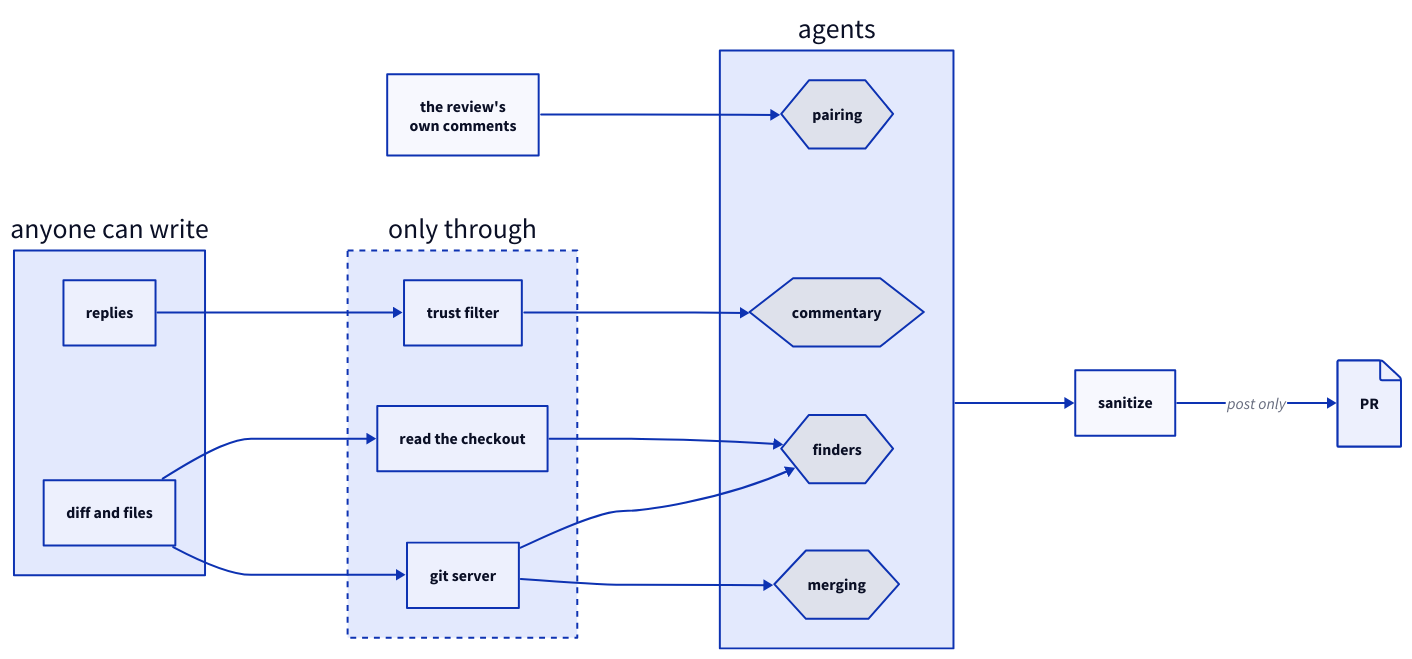
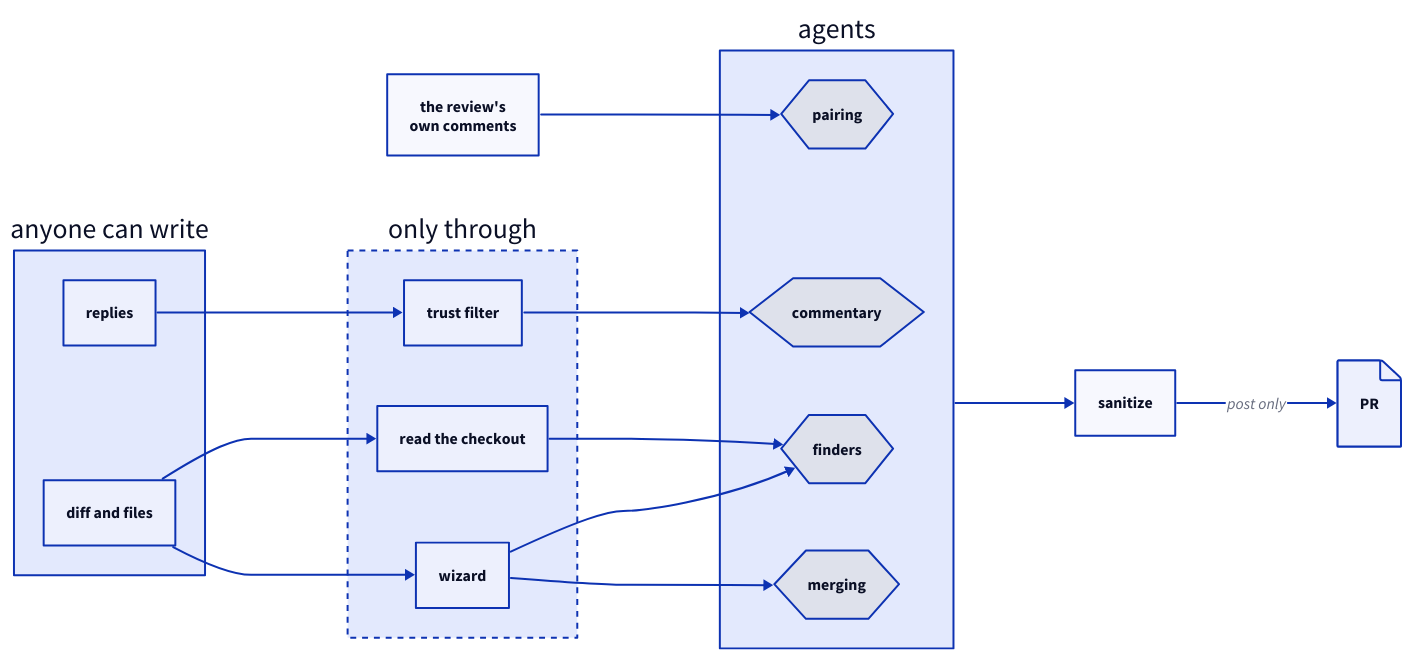
The fourth of 4 diagrams in review/review.tree.md (mjewell/context-packs), drawn with D2 before and after one commit. The commit also changed other lines of this file and 3 other files, not shown here.

````diff
--- a/review/review.tree.md
+++ b/review/review.tree.md
@@ -191,30 +188,30 @@
   ```d2
   direction: right
   written: anyone can write {
     diff: diff and files
     replies: replies
   }
   own: the review's\nown comments
   gates: only through {
     style.stroke-dash: 3
     trust: trust filter
     read: read the checkout
-    git: git server
+    wizard: wizard
   }
   agents: agents {
     pairer: pairing {shape: hexagon}
     commenter: commentary {shape: hexagon}
     finder: finders {shape: hexagon}
     merger: merging {shape: hexagon}
   }
   out: sanitize
   pr: PR {shape: page}
   written.replies -> gates.trust -> agents.commenter
   written.diff -> gates.read -> agents.finder
-  written.diff -> gates.git
-  gates.git -> agents.finder
-  gates.git -> agents.merger
+  written.diff -> gates.wizard
+  gates.wizard -> agents.finder
+  gates.wizard -> agents.merger
   own -> agents.pairer
   agents -> out
   out -> pr: post only
   ```
````
